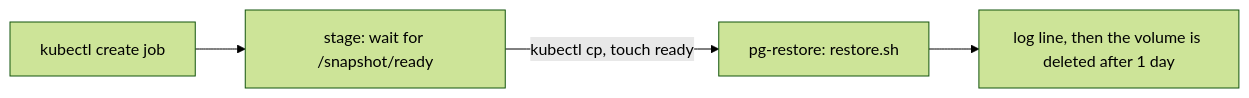
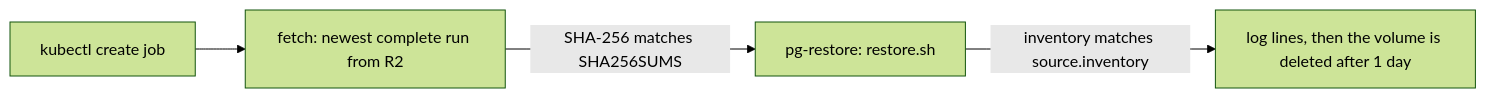
One commit to jomcgi-org/homelab changed the second of 2 diagrams in projects/grimoire/deploy/README.md. Above: the diagram before and after it, drawn with Mermaid (forest theme). The commit also changed other lines of this file and 26 other files, not shown here.

````diff
--- a/projects/grimoire/deploy/README.md
+++ b/projects/grimoire/deploy/README.md
@@ -70,6 +124,6 @@
 ```mermaid
 flowchart LR
-  create[kubectl create job] --> stage[stage: wait for /snapshot/ready]
-  stage -->|kubectl cp, touch ready| restore[pg-restore: restore.sh]
-  restore --> done[log line, then the volume is deleted after 1 day]
+  create[kubectl create job] --> fetch[fetch: newest complete run from R2]
+  fetch -->|SHA-256 matches SHA256SUMS| restore[pg-restore: restore.sh]
+  restore -->|inventory matches source.inventory| done[log lines, then the volume is deleted after 1 day]
 ```
````
